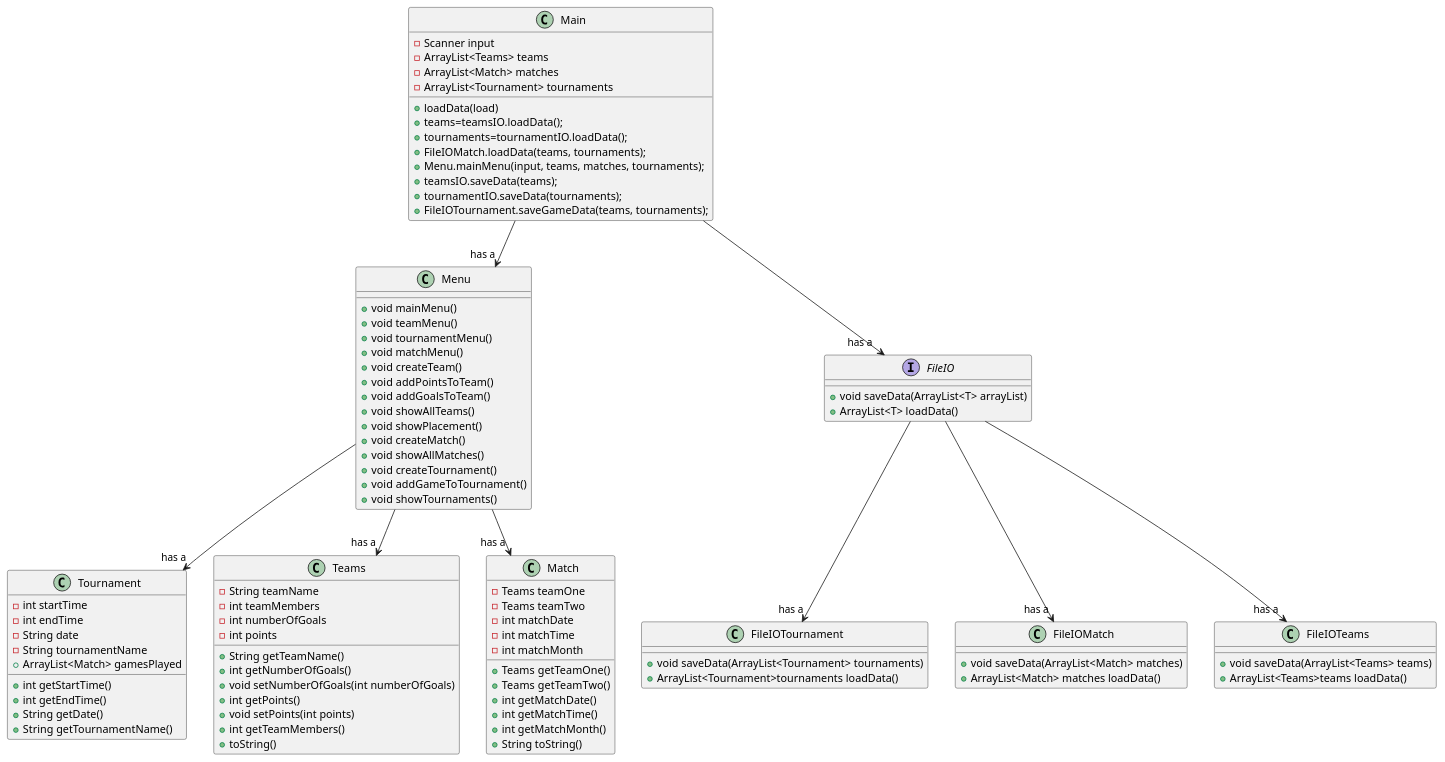
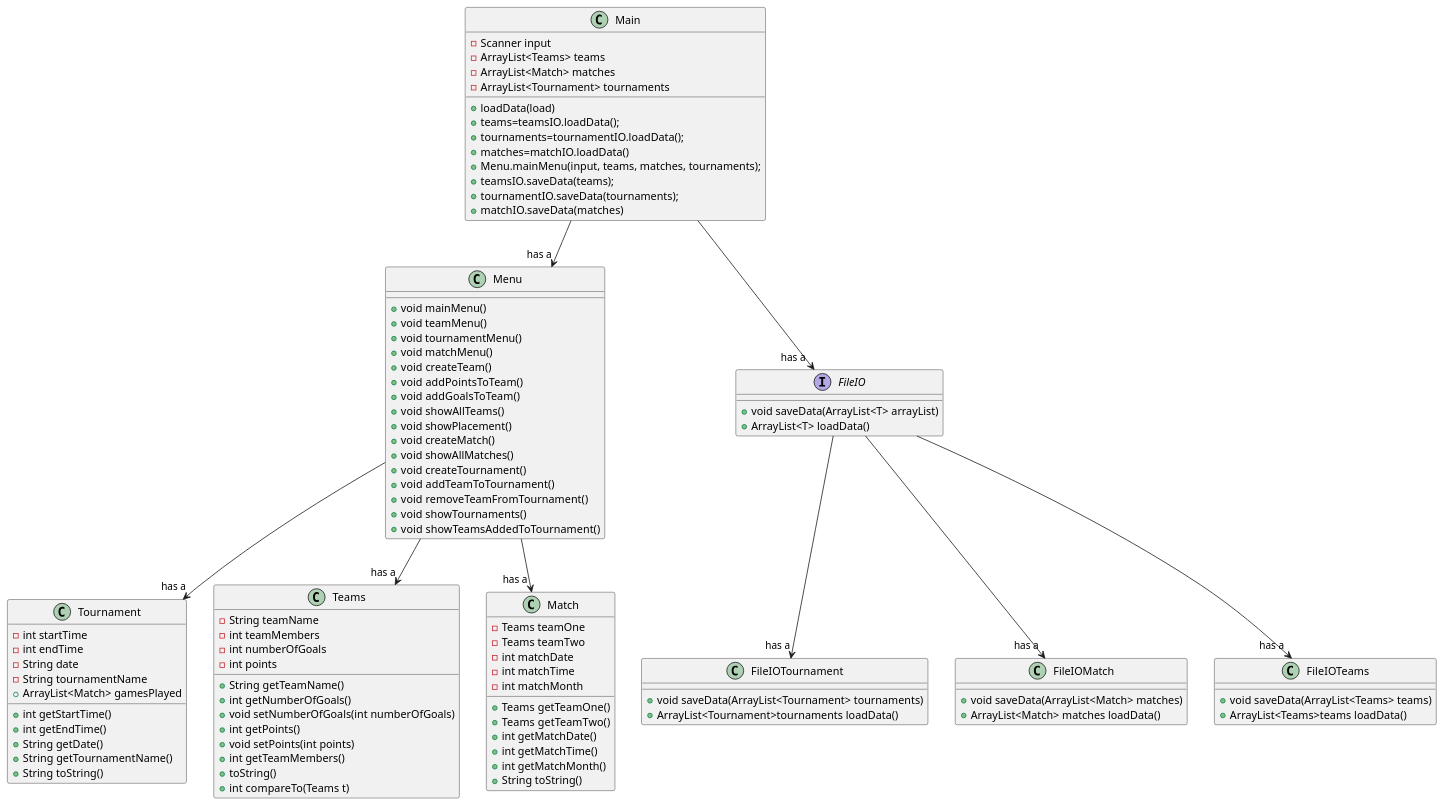
Before and after one commit to Ravnkilde1995/F22SP3-GroupJ: the diagram in src/dokumentation/ClassDiagram.puml, drawn with PlantUML.

Commit message:
Finished class diagram

```diff
--- a/src/dokumentation/ClassDiagram.puml
+++ b/src/dokumentation/ClassDiagram.puml
@@ -1,108 +1,112 @@
 @startuml
 
 Main --> "has a " Menu
 Menu --> "has a " Tournament
 Menu --> "has a " Teams
 Menu --> "has a " Match
 Main --> "has a " FileIO
 FileIO --> "has a"FileIOTournament
 FileIO --> "has a" FileIOMatch
 FileIO --> "has a"FileIOTeams
 
 Class Main {
 - Scanner input
 - ArrayList<Teams> teams
 - ArrayList<Match> matches
 - ArrayList<Tournament> tournaments
 + loadData(load)
 + teams=teamsIO.loadData();
 + tournaments=tournamentIO.loadData();
-+ FileIOMatch.loadData(teams, tournaments);
++ matches=matchIO.loadData()
 + Menu.mainMenu(input, teams, matches, tournaments);
 + teamsIO.saveData(teams);
 + tournamentIO.saveData(tournaments);
-+ FileIOTournament.saveGameData(teams, tournaments);
++ matchIO.saveData(matches)
 
 }
 
 Class Menu {
 + void mainMenu()
 + void teamMenu()
 + void tournamentMenu()
 + void matchMenu()
 + void createTeam()
 + void addPointsToTeam()
 + void addGoalsToTeam()
 + void showAllTeams()
 + void showPlacement()
 + void createMatch()
 + void showAllMatches()
 + void createTournament()
-+ void addGameToTournament()
++ void addTeamToTournament()
++ void removeTeamFromTournament()
 + void showTournaments()
++ void showTeamsAddedToTournament()
 
 }
 
 Class Tournament {
 - int startTime
 - int endTime
 - String date
 - String tournamentName
 + ArrayList<Match> gamesPlayed
 + int getStartTime()
 + int getEndTime()
 + String getDate()
 + String getTournamentName()
++ String toString()
 
 }
 
 Class Teams {
 - String teamName
 - int teamMembers
 - int numberOfGoals
 - int points
 + String getTeamName()
 + int getNumberOfGoals()
 + void setNumberOfGoals(int numberOfGoals)
 + int getPoints()
 + void setPoints(int points)
 + int getTeamMembers()
 + toString()
++ int compareTo(Teams t)
 }
 
 
 Class Match {
 - Teams teamOne
 - Teams teamTwo
 - int matchDate
 - int matchTime
 - int matchMonth
 + Teams getTeamOne()
 + Teams getTeamTwo()
 + int getMatchDate()
 + int getMatchTime()
 + int getMatchMonth()
 + String toString()
 }
 
 interface FileIO{
 + void saveData(ArrayList<T> arrayList)
 + ArrayList<T> loadData()
 }
 
 Class FileIOTeams{
 + void saveData(ArrayList<Teams> teams)
 + ArrayList<Teams>teams loadData()
 }
 
 Class FileIOTournament{
 + void saveData(ArrayList<Tournament> tournaments)
 + ArrayList<Tournament>tournaments loadData()
 }
 
 Class FileIOMatch{
 + void saveData(ArrayList<Match> matches)
 + ArrayList<Match> matches loadData()
 }
 
 @enduml
```
